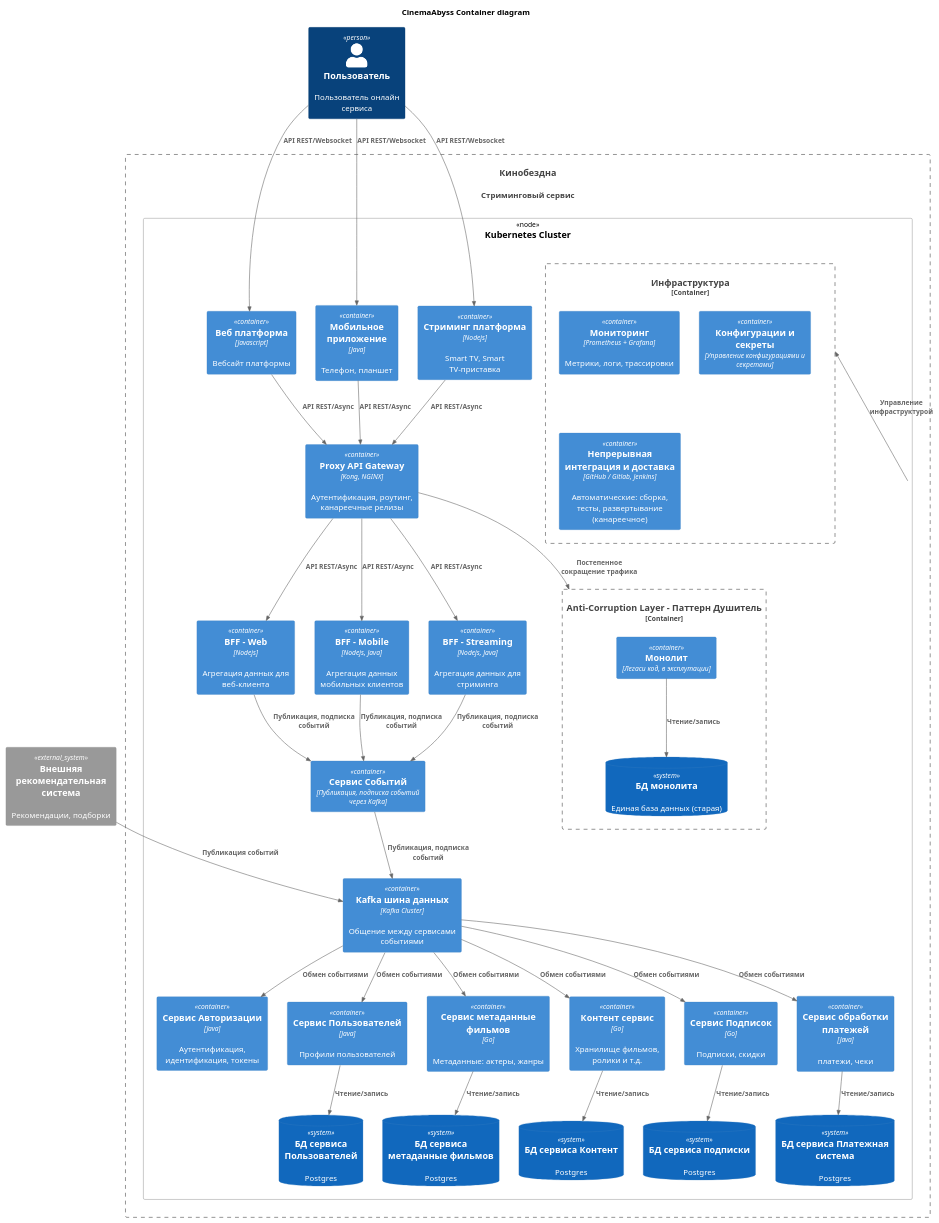
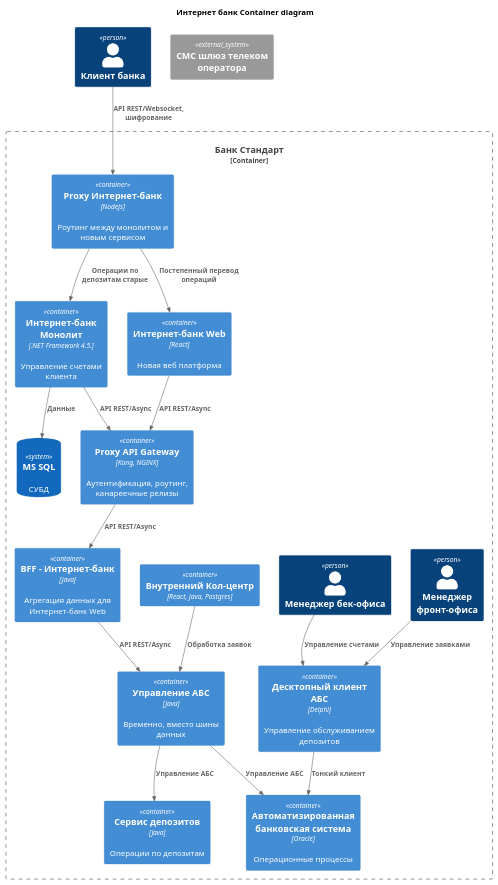
One commit to AntonVolkov71/architecture-pro-standart changed the diagram in Task3/Container.plantuml. Above: the diagram before and after it, drawn with PlantUML. The commit also changed 6 other files, not shown here.

```diff
--- a/Task3/Container.plantuml
+++ b/Task3/Container.plantuml
@@ -1,93 +1,52 @@
 @startuml
-title CinemaAbyss Container diagram
+title Интернет банк Container diagram
 
-!include ./lib/C4_Deployment.puml
+!include ./lib/C4_Container.puml
+
+Person(Client, "Клиент банка" )
+System_Ext(SmsGateway, "СМС шлюз телеком оператора")
+
+Container_Boundary(BankStandard, "Банк Стандарт"){
+    Person(FrontManger, "Менеджер фронт-офиса" )
+    Person(BackManger, "Менеджер бек-офиса" )
+    Container(CallCentre, "Внутренний Кол-центр", "React, Java, Postgres")
+
+    Container(ProxyIB, "Proxy Интернет-банк", "Nodejs",  "Роутинг между монолитом и новым сервисом")
+
+    Container(InternetBank, "Интернет-банк Монолит", ".NET Framework 4.5.", "Управление счетами клиента")
+    Container(InternetBankWeb, "Интернет-банк Web", "React", "Новая веб платформа")
+    SystemDb(DBMS_IB, "MS SQL", "СУБД")
+
+    Container(ProxyService, "Proxy API Gateway", "Kong, NGINX",  "Аутентификация, роутинг, канареечные релизы")
+    Container(BFF_IB_WEB, "BFF - Интернет-банк", "Java", "Агрегация данных для Интернет-банк Web")
 
 
-Person(User, "Пользователь", "Пользователь онлайн сервиса")
-System_Ext(RecommendationSystem, "Внешняя рекомендательная система", "Рекомендации, подборки")
+    Container(ManagementService, "Управление АБС", "Java", "Временно, вместо шины данных")
+    Container(DepositService, "Сервис депозитов", "Java", "Операции по депозитам")
 
-System(CinemaAbyss, "Кинобездна", "Стриминговый сервис")
-
-Container_Boundary(CinemaAbyss, "Kubernetes Cluster (prod)"){
-    Deployment_Node(k8s, "Kubernetes Cluster") {
-        Container(ProxyService, "Proxy API Gateway", "Kong, NGINX",  "Аутентификация, роутинг, канареечные релизы")
-
-        Container(WebPlatform, "Веб платформа", "Javascript", "Вебсайт платформы" )
-        Container(MobilePlatform, "Мобильное приложение", "Java", "Телефон, планшет")
-        Container(StreamingPlatform, "Стриминг платформа", "Nodejs", "Smart TV, Smart TV-приставка")
-
-        Container(BFFWeb, "BFF - Web", "Nodejs", "Агрегация данных для веб-клиента")
-        Container(BFFMobile, "BFF - Mobile", "Nodejs, Java", "Агрегация данных мобильных клиентов")
-        Container(BFFStreaming, "BFF - Streaming", "Nodejs, Java", "Агрегация данных для стриминга")
-
-        Container(AuthService, "Сервис Авторизации", "Java", "Аутентификация, идентификация, токены")
-        Container(UserService, "Сервис Пользователей", "Java", "Профили пользователей")
-        Container(MoviesService, "Сервис метаданные фильмов", "Go", "Метаданные: актеры, жанры")
-        Container(ContentService, "Контент сервис", "Go", "Хранилище фильмов, ролики и т.д.")
-        Container(SubscriptionService, "Сервис Подписок", "Go", "Подписки, скидки")
-        Container(PaymentService, "Сервис обработки платежей", "Java", "платежи, чеки")
-
-        Container(EventService, "Сервис Событий",  "Публикация, подписка событий через Kafka")
-        Container(Kafka, "Kafka шина данных", "Kafka Cluster", "Общение между сервисами событиями")
-
-        Container_Boundary(ACLMonolith, "Anti-Corruption Layer - Паттерн Душитель"){
-            Container(MonolithSystem, "Монолит", "Легаси код, в эксплутации")
-            SystemDb(MonolithDB, "БД монолита", "Единая база данных (старая)")
-        }
-
-        SystemDb(MoviesDB, "БД сервиса метаданные фильмов", "Postgres")
-        SystemDb(SubscriptionsDB, "БД сервиса подписки", "Postgres")
-        SystemDb(ContentDB, "БД сервиса Контент", "Postgres")
-        SystemDb(PaymentDB, "БД сервиса Платежная система", "Postgres")
-        SystemDb(UsersDB, "БД сервиса Пользователей", "Postgres")
-
-        Container_Boundary(infrastructure, "Инфраструктура"){
-            Container(Monitoring, "Мониторинг", "Prometheus + Grafana", "Метрики, логи, трассировки")
-            Container(ConfigSecretService, "Конфигурации и секреты",  "Управление конфигурациями и секретами")
-            Container(CICD, "Непрерывная интеграция и доставка", "GitHub / Gitlab, Jenkins", "Автоматические: сборка, тесты, развертывание (канареечное)")
-        }
-    }
+    Container(ABS_Client, "Десктопный клиент АБС", "Delphi", "Управление обслуживанием депозитов")
+    Container(ABS, "Автоматизированная банковская система", "Oracle", "Операционные процессы")
 }
 
-Rel(User, WebPlatform, "API REST/Websocket")
-Rel(User, MobilePlatform, "API REST/Websocket")
-Rel(User, StreamingPlatform, "API REST/Websocket")
+Rel(Client, ProxyIB, "API REST/Websocket, шифрование")
+Rel(ProxyIB, InternetBank, "Операции по депозитам старые")
+Rel(ProxyIB, InternetBankWeb, "Постепенный перевод операций")
 
-Rel(WebPlatform, ProxyService, "API REST/Async")
-Rel(MobilePlatform, ProxyService, "API REST/Async")
-Rel(StreamingPlatform, ProxyService, "API REST/Async")
+Rel(InternetBank, ProxyService, "API REST/Async")
+Rel(InternetBank, DBMS_IB, "Данные")
+Rel(InternetBankWeb, ProxyService, "API REST/Async")
 
-Rel(ProxyService, BFFWeb, "API REST/Async")
-Rel(ProxyService, BFFMobile, "API REST/Async")
-Rel(ProxyService, BFFStreaming, "API REST/Async")
+Rel(ProxyService, BFF_IB_WEB, "API REST/Async")
 
-Rel(BFFWeb, EventService, "Публикация, подписка событий")
-Rel(BFFMobile, EventService, "Публикация, подписка событий")
-Rel(BFFStreaming, EventService, "Публикация, подписка событий")
+Rel(BFF_IB_WEB, ManagementService, "API REST/Async")
+Rel(ManagementService, ABS, "Управление АБС")
+Rel(ManagementService, DepositService, "Управление АБС")
 
-Rel(ProxyService, ACLMonolith, "Постепенное сокращение трафика")
-Rel(MonolithSystem, MonolithDB, "Чтение/запись")
+Rel(CallCentre, ManagementService, "Обработка заявок")
 
-Rel(EventService, Kafka, "Публикация, подписка событий")
 
-Rel(Kafka, MoviesService, "Обмен событиями")
-Rel(MoviesService, MoviesDB, "Чтение/запись")
+Rel(FrontManger, ABS_Client, "Управление заявками")
+Rel(BackManger, ABS_Client, "Управление счетами")
 
-Rel(Kafka, SubscriptionService, "Обмен событиями")
-Rel(SubscriptionService, SubscriptionsDB, "Чтение/запись")
-
-Rel(Kafka, ContentService, "Обмен событиями")
-Rel(ContentService, ContentDB, "Чтение/запись")
-
-Rel(Kafka, PaymentService, "Обмен событиями")
-Rel(PaymentService, PaymentDB, "Чтение/запись")
-
-Rel(Kafka, AuthService, "Обмен событиями")
-Rel(Kafka, UserService, "Обмен событиями")
-Rel(UserService, UsersDB, "Чтение/запись")
-
-Rel(RecommendationSystem, Kafka, "Публикация событий")
-
-Rel_Back(infrastructure, k8s, "Управление инфраструктурой")
+Rel(ABS_Client, ABS, "Тонкий клиент")
 @enduml
```
